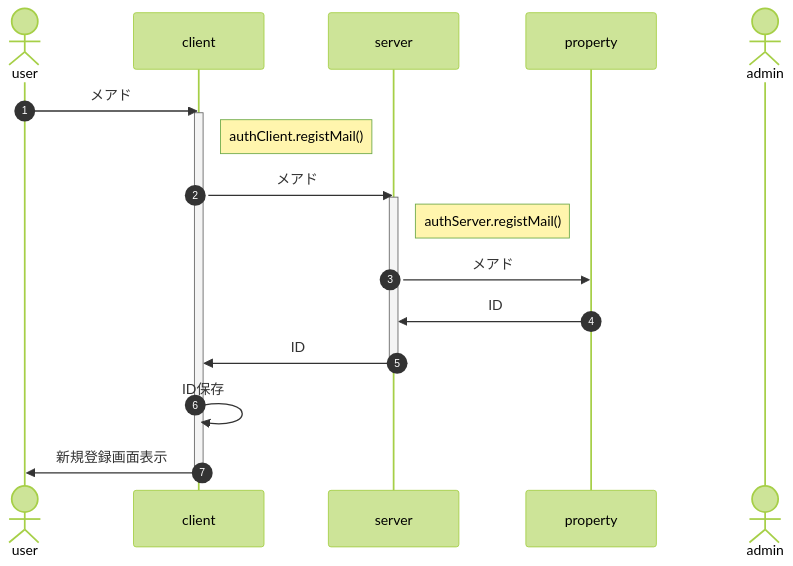
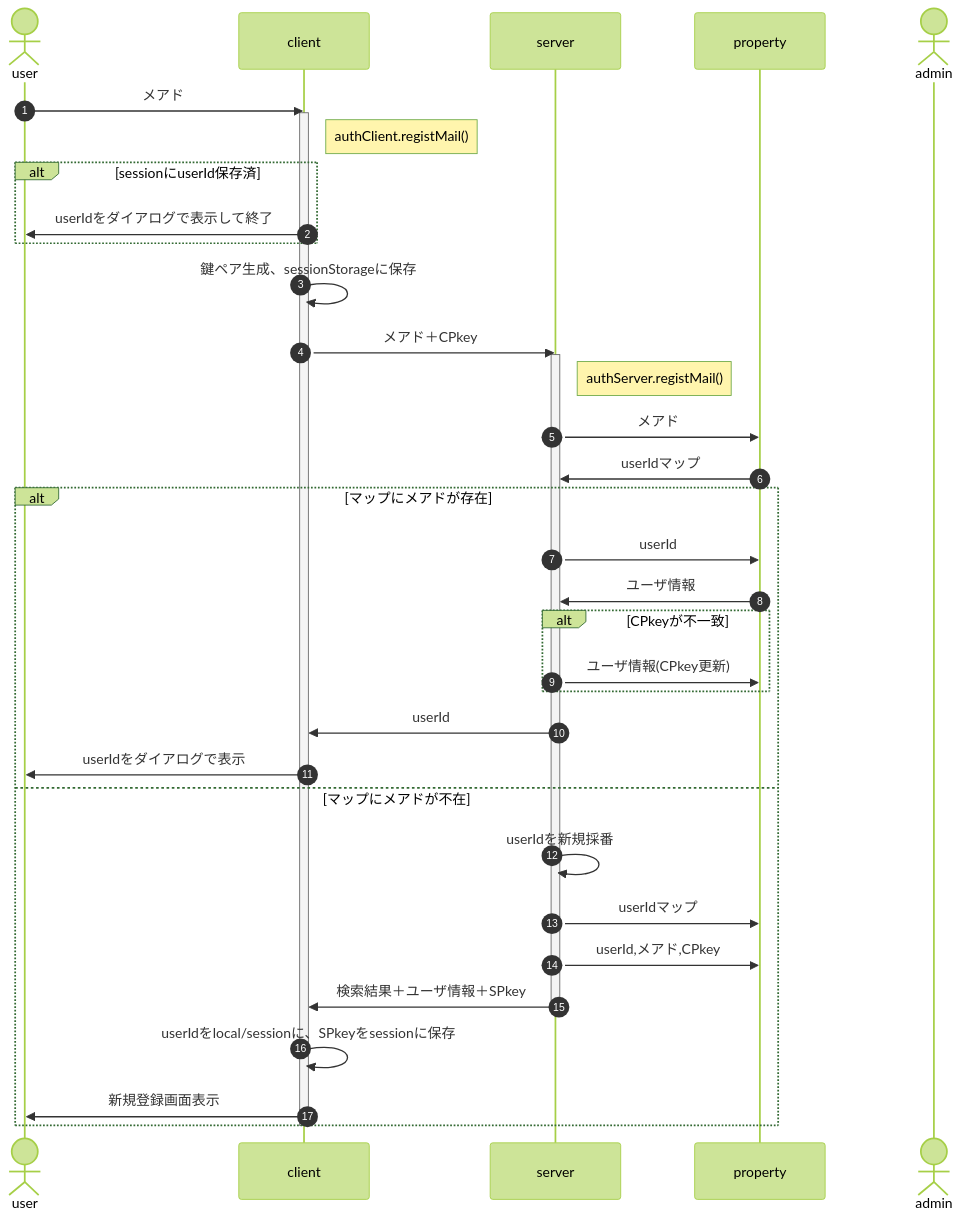
One commit to nakaone/library changed the diagram in Auth/2.0.0/doc/entry.md. Above: the diagram before and after it, drawn with Mermaid (forest theme). The commit also changed other lines of this file and 6 other files, not shown here.

````diff
--- a/Auth/2.0.0/doc/entry.md
+++ b/Auth/2.0.0/doc/entry.md
@@ -5,23 +5,40 @@
 ```mermaid
 sequenceDiagram
   autonumber
   actor user
   participant client
   participant server
   participant property
   actor admin
 
   user ->> client : メアド
   activate client
   Note right of client : authClient.registMail()
-  client ->> server : メアド
+  alt sessionにuserId保存済
+    client ->> user : userIdをダイアログで表示して終了
+  end
+  client ->> client : 鍵ペア生成、sessionStorageに保存
+  client ->> server : メアド＋CPkey
   activate server
   Note right of server : authServer.registMail()
   server ->> property : メアド
-  property ->> server : ID
-  server ->> client : ID
-  deactivate server
-  client ->> client : ID保存
-  client ->> user : 新規登録画面表示
+  property ->> server : userIdマップ
+  alt マップにメアドが存在
+    server ->> property : userId
+    property ->> server : ユーザ情報
+    alt CPkeyが不一致
+      server ->> property : ユーザ情報(CPkey更新)
+    end
+    server ->> client : userId
+    client ->> user : userIdをダイアログで表示
+  else マップにメアドが不在
+    server ->> server : userIdを新規採番
+    server ->> property : userIdマップ
+    server ->> property : userId,メアド,CPkey
+    server ->> client : 検索結果＋ユーザ情報＋SPkey
+    deactivate server
+    client ->> client : userIdをlocal/sessionに、SPkeyをsessionに保存
+    client ->> user : 新規登録画面表示
+  end
   deactivate client
 ```
````
